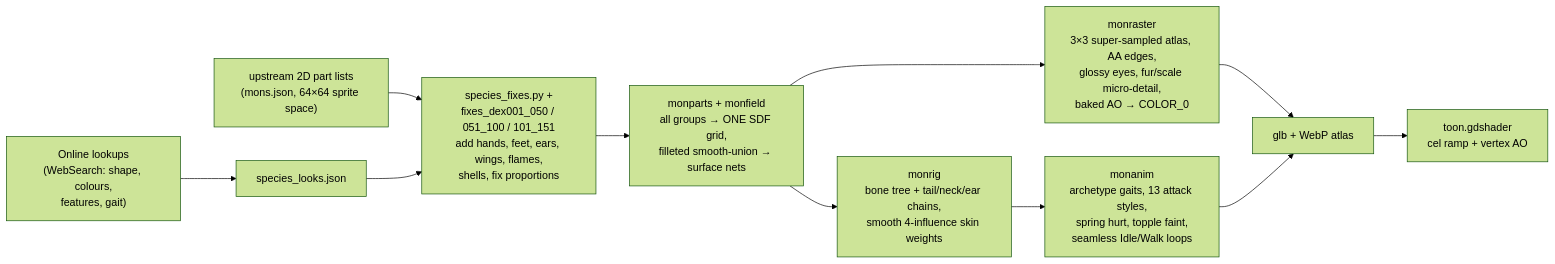
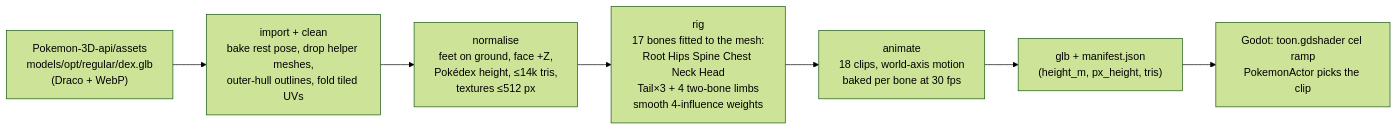
Before and after one commit to jgyy/redgodot: the first of 14 diagrams in README.md, drawn with Mermaid (forest theme). The commit also changed other lines of this file and 124 other files, not shown here.

First line of the commit message:
Follower moods, spinner test, docs: credits, mermaid, refreshed gallery; CI checks

````diff
--- a/README.md
+++ b/README.md
@@ -85,13 +102,9 @@
 ```mermaid
 flowchart LR
-    W["Online lookups\n(WebSearch: shape, colours,\nfeatures, gait)"] --> L["species_looks.json"]
-    U["upstream 2D part lists\n(mons.json, 64×64 sprite space)"] --> F
-    L --> F["species_fixes.py +\nfixes_dex001_050 / 051_100 / 101_151\nadd hands, feet, ears, wings, flames,\nshells, fix proportions"]
-    F --> G["monparts + monfield\nall groups → ONE SDF grid,\nfilleted smooth-union → surface nets"]
-    G --> T["monraster\n3×3 super-sampled atlas, AA edges,\nglossy eyes, fur/scale micro-detail,\nbaked AO → COLOR_0"]
-    G --> R["monrig\nbone tree + tail/neck/ear chains,\nsmooth 4-influence skin weights"]
-    R --> A["monanim\narchetype gaits, 13 attack styles,\nspring hurt, topple faint,\nseamless Idle/Walk loops"]
-    T --> X["glb + WebP atlas"]
-    A --> X
-    X --> S["toon.gdshader\ncel ramp + vertex AO"]
+    G["Pokemon-3D-api/assets\nmodels/opt/regular/dex.glb\n(Draco + WebP)"] --> I["import + clean\nbake rest pose, drop helper meshes,\nouter-hull outlines, fold tiled UVs"]
+    I --> N["normalise\nfeet on ground, face +Z,\nPokédex height, ≤14k tris,\ntextures ≤512 px"]
+    N --> R["rig\n17 bones fitted to the mesh:\nRoot Hips Spine Chest Neck Head\nTail×3 + 4 two-bone limbs\nsmooth 4-influence weights"]
+    R --> A["animate\n18 clips, world-axis motion\nbaked per bone at 30 fps"]
+    A --> X["glb + manifest.json\n(height_m, px_height, tris)"]
+    X --> T["Godot: toon.gdshader cel ramp\nPokemonActor picks the clip"]
 ```
````
